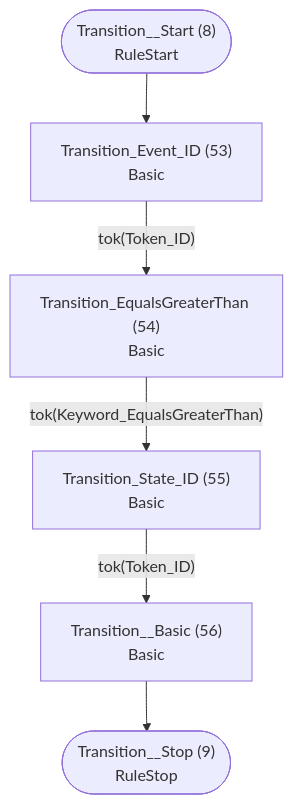
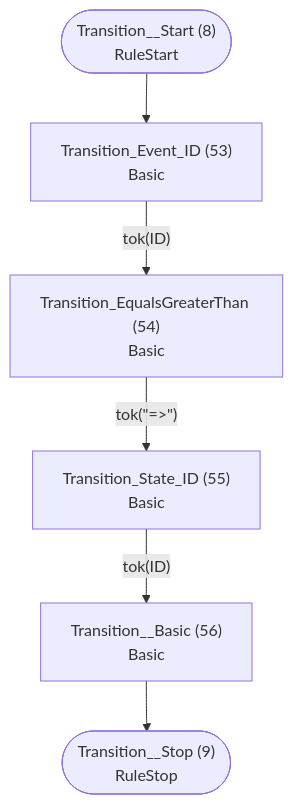
The fifth of 5 diagrams in examples/statemachine/atn.md (TypeFox/fastbelt), drawn with Mermaid before and after one commit. The commit also changed other lines of this file and 3 other files, not shown here.

````diff
--- a/examples/statemachine/atn.md
+++ b/examples/statemachine/atn.md
@@ -139,15 +139,15 @@
 ```mermaid
 flowchart TD
     q8(["Transition__Start (8)<br/>RuleStart"])
     q9(["Transition__Stop (9)<br/>RuleStop"])
     q53["Transition_Event_ID (53)<br/>Basic<br/>"]
     q54["Transition_EqualsGreaterThan (54)<br/>Basic<br/>"]
     q55["Transition_State_ID (55)<br/>Basic<br/>"]
     q56["Transition__Basic (56)<br/>Basic<br/>"]
 
     q8 --> q53
-    q53 -->|"tok(Token_ID)"| q54
-    q54 -->|"tok(Keyword_EqualsGreaterThan)"| q55
-    q55 -->|"tok(Token_ID)"| q56
+    q53 -->|"tok(ID)"| q54
+    q54 -->|"tok(&quot;=>&quot;)"| q55
+    q55 -->|"tok(ID)"| q56
     q56 --> q9
 ```
````
